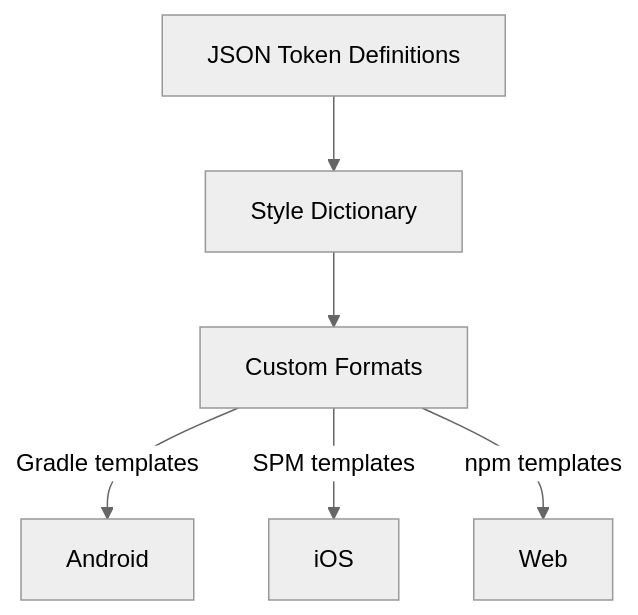
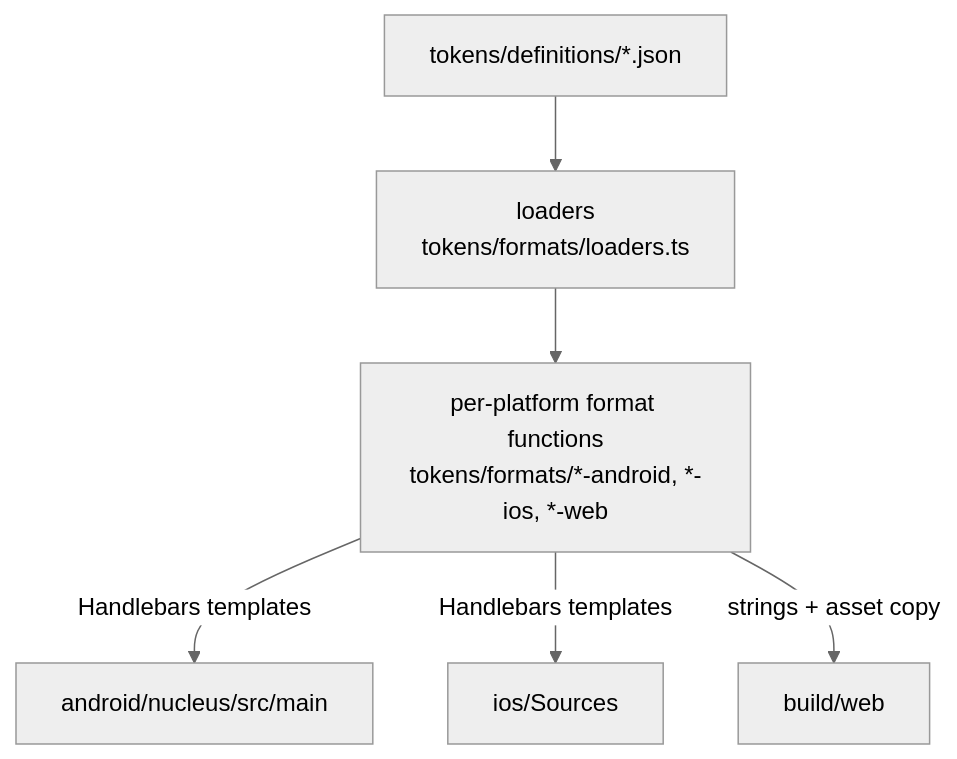
One commit to worldcoin/nucleus changed the diagram in README.md. Above: the diagram before and after it, drawn with Mermaid (neutral theme). The commit also changed other lines of this file and 38 other files, not shown here.

````diff
--- a/README.md
+++ b/README.md
@@ -15,8 +18,8 @@
 ```mermaid
 graph TD
-    A[JSON Token Definitions] --> B[Style Dictionary]
-    B --> C[Custom Formats]
-    C -->|Gradle templates| D[Android]
-    C -->|SPM templates| E[iOS]
-    C -->|npm templates| F[Web]
+    A[tokens/definitions/*.json] --> B[loaders<br/>tokens/formats/loaders.ts]
+    B --> C[per-platform format functions<br/>tokens/formats/*-android, *-ios, *-web]
+    C -->|Handlebars templates| D[android/nucleus/src/main]
+    C -->|Handlebars templates| E[ios/Sources]
+    C -->|strings + asset copy| F[build/web]
 ```
````
